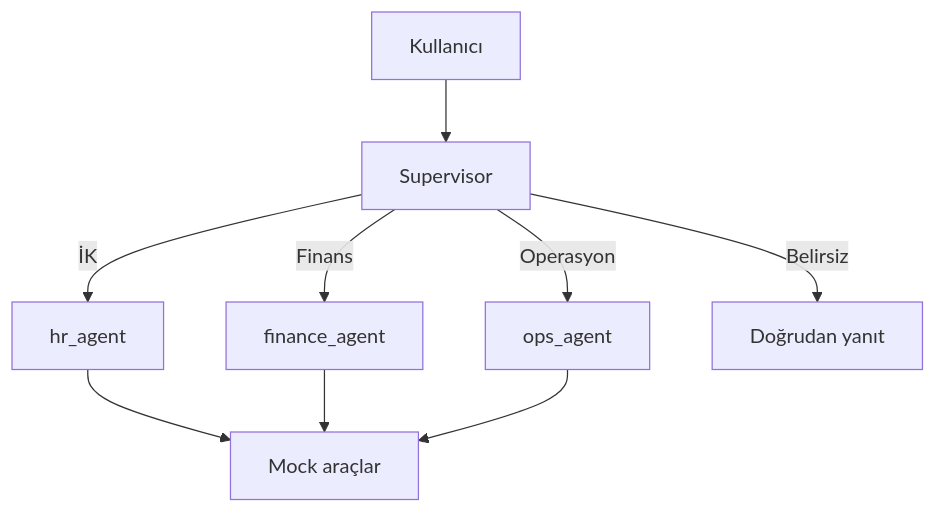
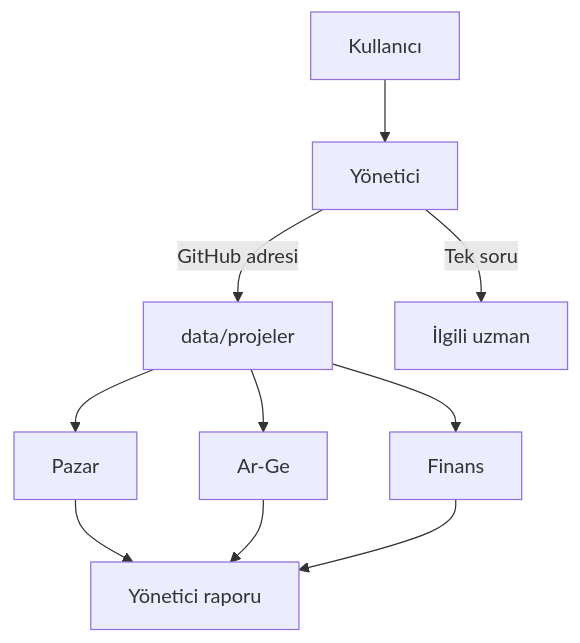
The diagram in README.md (bariscandasci/multiagent), drawn with Mermaid before and after one commit. The commit also changed other lines of this file and 57 other files, not shown here.

````diff
--- a/README.md
+++ b/README.md
@@ -5,11 +5,12 @@
 ```mermaid
 flowchart TD
-  Kullanici[Kullanıcı] --> Supervisor[Supervisor]
-  Supervisor -->|İK| HR[hr_agent]
-  Supervisor -->|Finans| Finance[finance_agent]
-  Supervisor -->|Operasyon| Ops[ops_agent]
-  Supervisor -->|Belirsiz| Yanit[Doğrudan yanıt]
-  HR --> Araclar[Mock araçlar]
-  Finance --> Araclar
-  Ops --> Araclar
+  Kullanici[Kullanıcı] --> Supervisor[Yönetici]
+  Supervisor -->|GitHub adresi| Kayit[data/projeler]
+  Kayit --> Pazar[Pazar]
+  Kayit --> ARGE[Ar-Ge]
+  Kayit --> Finans[Finans]
+  Pazar --> Rapor[Yönetici raporu]
+  ARGE --> Rapor
+  Finans --> Rapor
+  Supervisor -->|Tek soru| Uzman[İlgili uzman]
 ```
````
